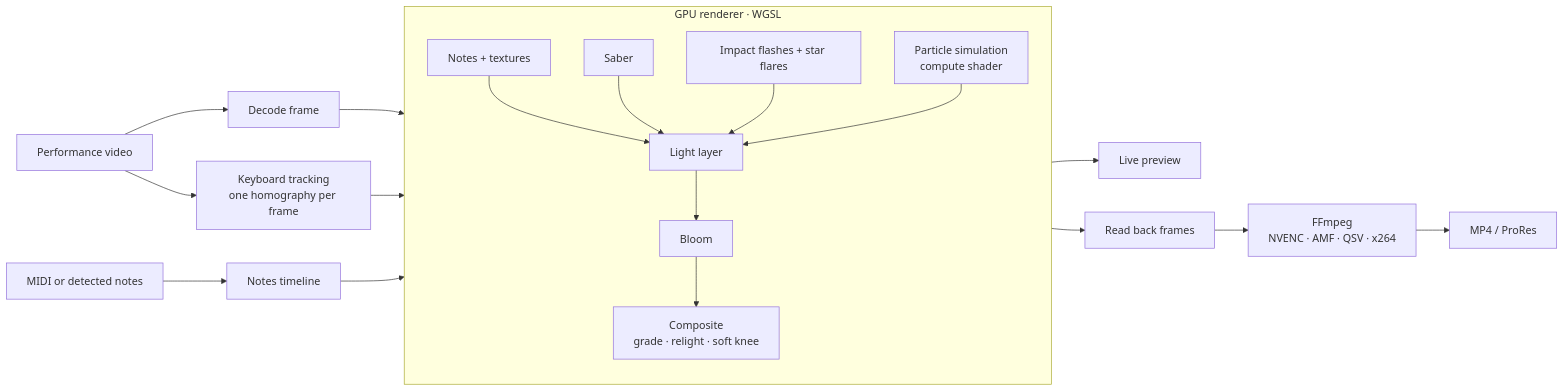
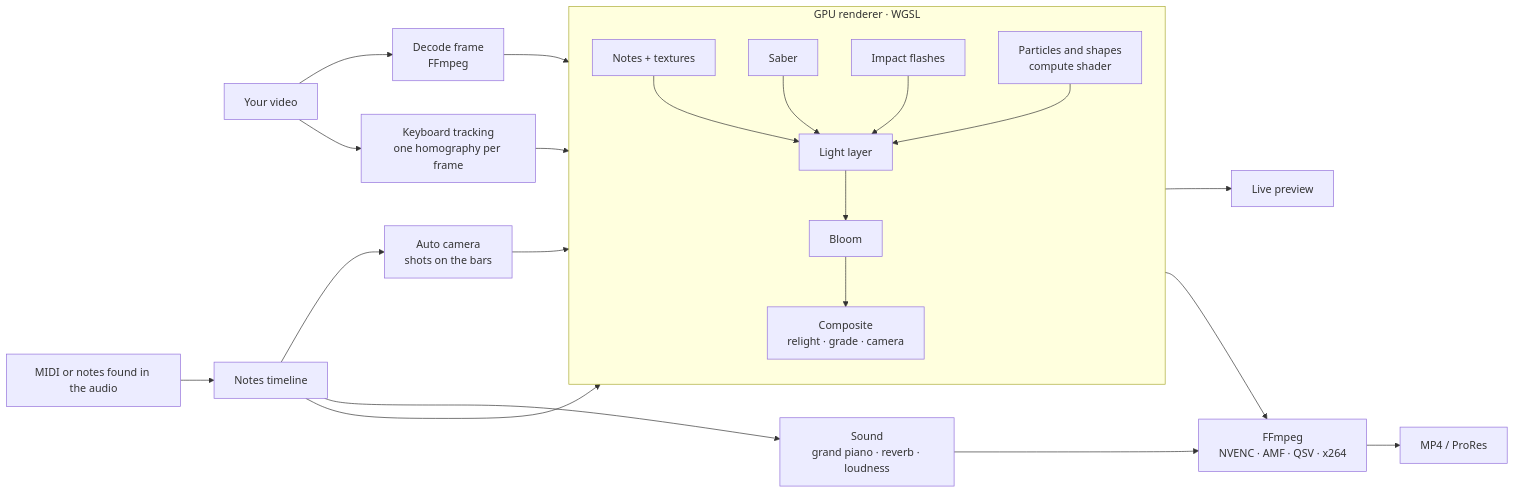
The diagram in README.md (HetavShah/pianoverse), drawn with Mermaid before and after one commit. The commit also changed other lines of this file and 22 other files, not shown here.

````diff
--- a/README.md
+++ b/README.md
@@ -122,21 +182,25 @@
 ```mermaid
 flowchart LR
-    V[Performance video] --> D[Decode frame]
-    M[MIDI or detected notes] --> N[Notes timeline]
+    V[Your video] --> D[Decode frame<br/>FFmpeg]
+    M[MIDI or notes found in the audio] --> N[Notes timeline]
     V --> T[Keyboard tracking<br/>one homography per frame]
+    N --> CAM[Auto camera<br/>shots on the bars]
     D --> G
     N --> G
     T --> G
+    CAM --> G
     subgraph G[GPU renderer · WGSL]
       direction TB
       G1[Notes + textures] --> L[Light layer]
       G2[Saber] --> L
-      G3[Impact flashes + star flares] --> L
-      G4[Particle simulation<br/>compute shader] --> L
+      G3[Impact flashes] --> L
+      G4[Particles and shapes<br/>compute shader] --> L
       L --> B[Bloom]
-      B --> C[Composite<br/>grade · relight · soft knee]
+      B --> C[Composite<br/>relight · grade · camera]
     end
+    N --> S[Sound<br/>grand piano · reverb · loudness]
     C --> P[Live preview]
-    C --> R[Read back frames] --> F[FFmpeg<br/>NVENC · AMF · QSV · x264]
+    C --> F[FFmpeg<br/>NVENC · AMF · QSV · x264]
+    S --> F
     F --> E[MP4 / ProRes]
 ```
````
